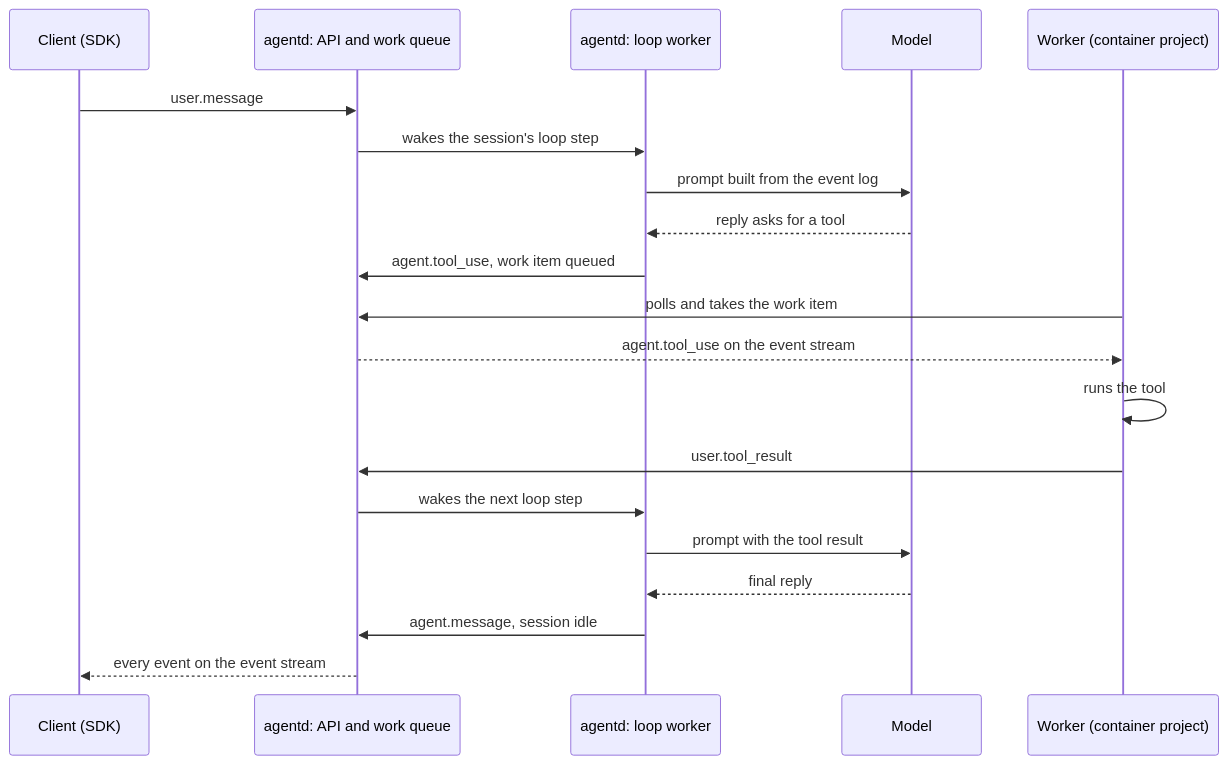
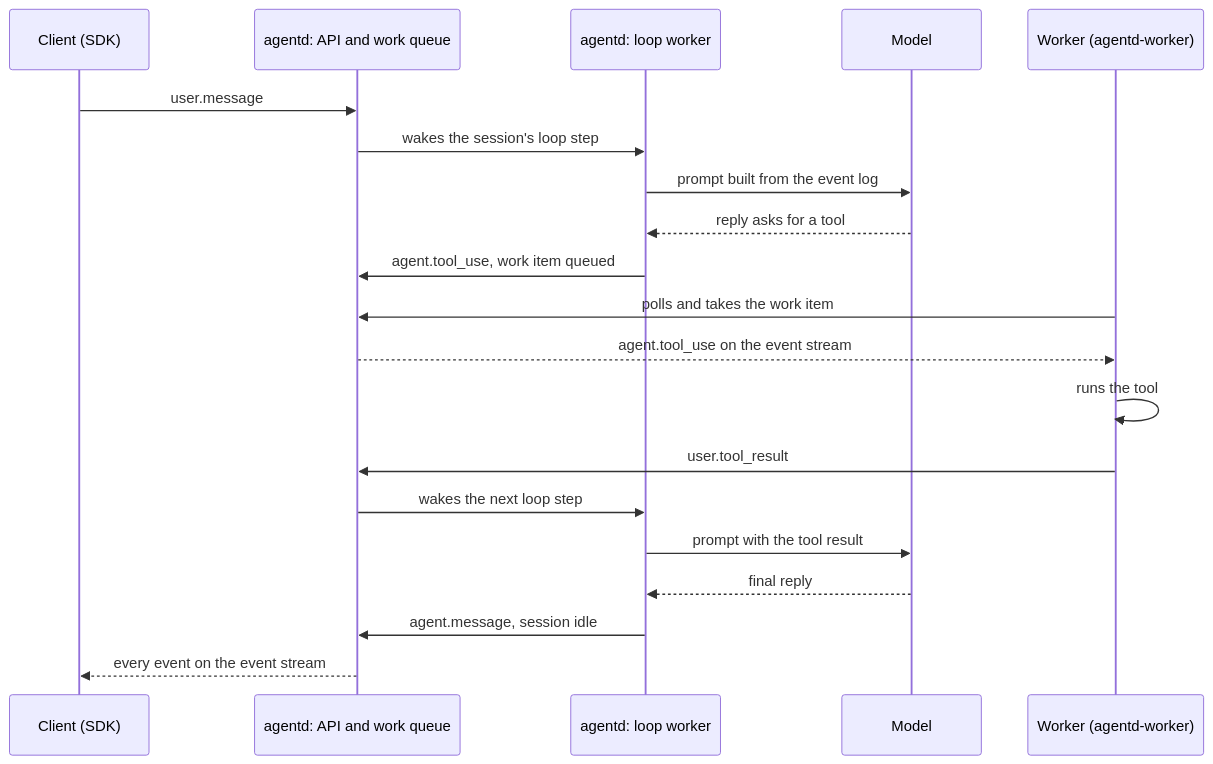
One commit to Elmanuel1/agentd changed the diagram in .specs/runtime-parity/overview.md. Above: the diagram before and after it, drawn with Mermaid. The commit also changed other lines of this file and 4 other files, not shown here.

Commit message:
docs(spec): runtime parity: agentd-worker named; review round 2 fixes

````diff
--- a/.specs/runtime-parity/overview.md
+++ b/.specs/runtime-parity/overview.md
@@ -13,22 +13,22 @@
 ```mermaid
 sequenceDiagram
     participant C as Client (SDK)
     participant A as agentd: API and work queue
     participant L as agentd: loop worker
     participant M as Model
-    participant W as Worker (container project)
+    participant W as Worker (agentd-worker)
     C->>A: user.message
     A->>L: wakes the session's loop step
     L->>M: prompt built from the event log
     M-->>L: reply asks for a tool
     L->>A: agent.tool_use, work item queued
     W->>A: polls and takes the work item
     A-->>W: agent.tool_use on the event stream
     W->>W: runs the tool
     W->>A: user.tool_result
     A->>L: wakes the next loop step
     L->>M: prompt with the tool result
     M-->>L: final reply
     L->>A: agent.message, session idle
     A-->>C: every event on the event stream
 ```
````
